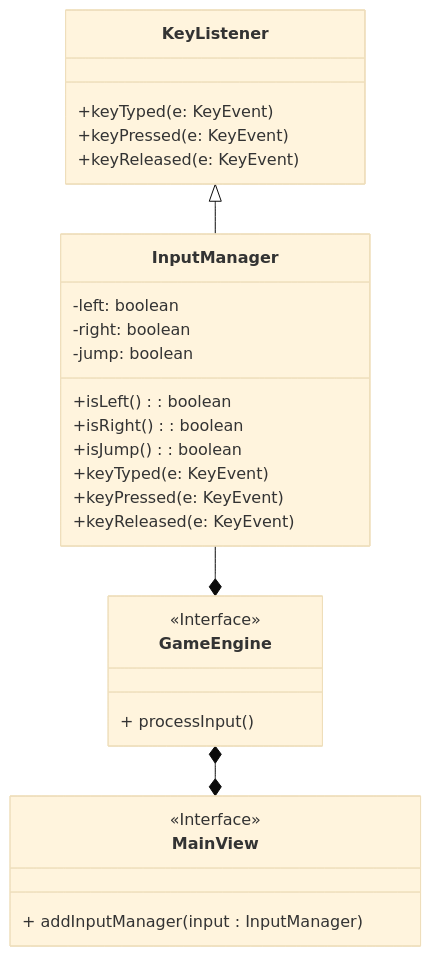
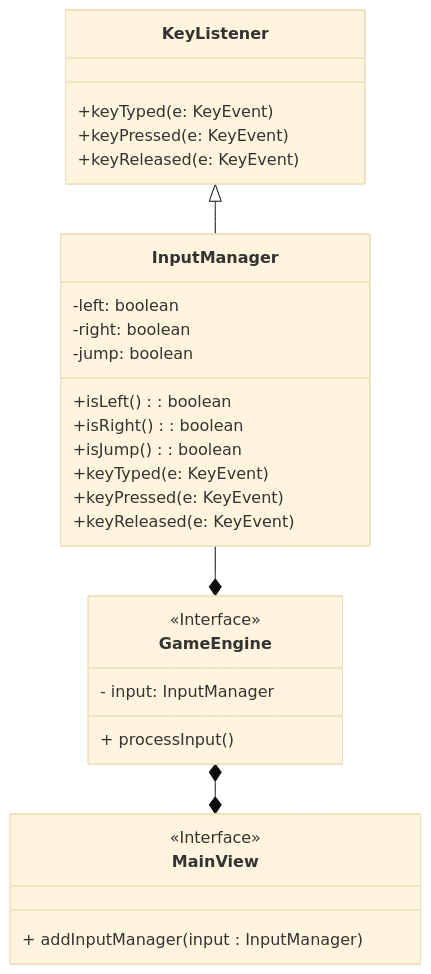
One commit to unibo-oop-projects/OOP23-FilippoMassariFilippoMassari6studio-MatteoBagnolini-FilippoMassari-SaadElMaliki-Matteo-SUPSON changed diagram 14 of 14 in report.md. Above: the diagram before and after it, drawn with Mermaid (base theme). The commit also changed other lines of this file, not shown here.

````diff
--- a/report.md
+++ b/report.md
@@ -590,34 +612,35 @@
 ```mermaid
 classDiagram
     class GameEngine
     class KeyListener
     class InputManager
     class MainView
     KeyListener <|-- InputManager
     InputManager --* GameEngine
     GameEngine *--* MainView
     class KeyListener {
         +keyTyped(e: KeyEvent)
         +keyPressed(e: KeyEvent)
         +keyReleased(e: KeyEvent)
     }
     class InputManager {
         -left: boolean
         -right: boolean
         -jump: boolean
         +isLeft(): boolean
         +isRight(): boolean
         +isJump(): boolean
         +keyTyped(e: KeyEvent)
         +keyPressed(e: KeyEvent)
         +keyReleased(e: KeyEvent)
     }
     class GameEngine {
         <<Interface>>
+        - input: InputManager
         + processInput()
     }
     class MainView {
         <<Interface>>
         + addInputManager(input : InputManager)
     }
 ```
````
